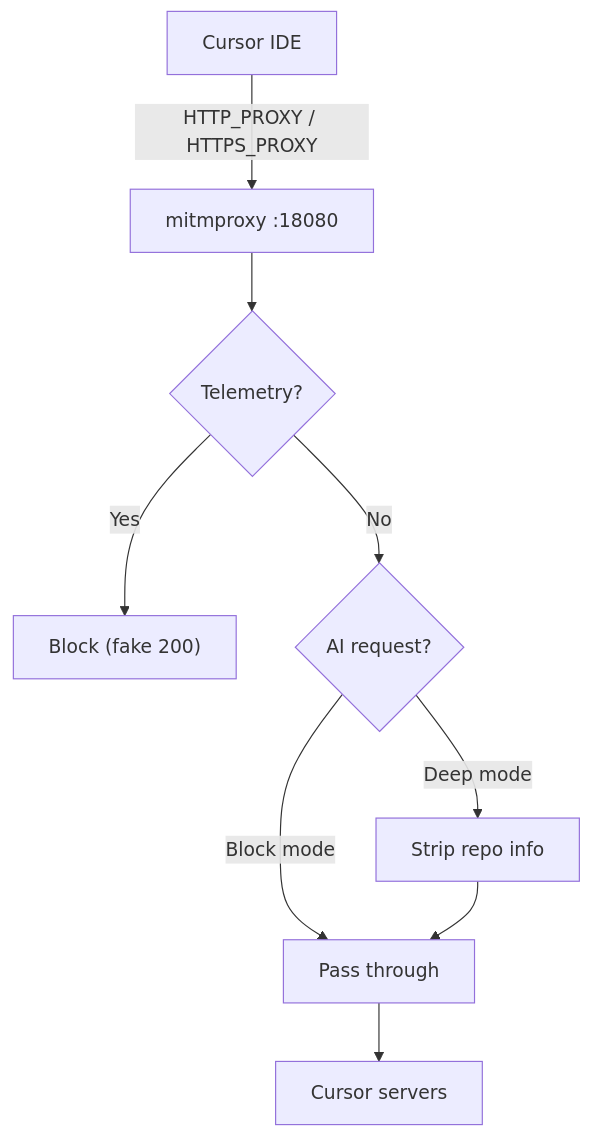
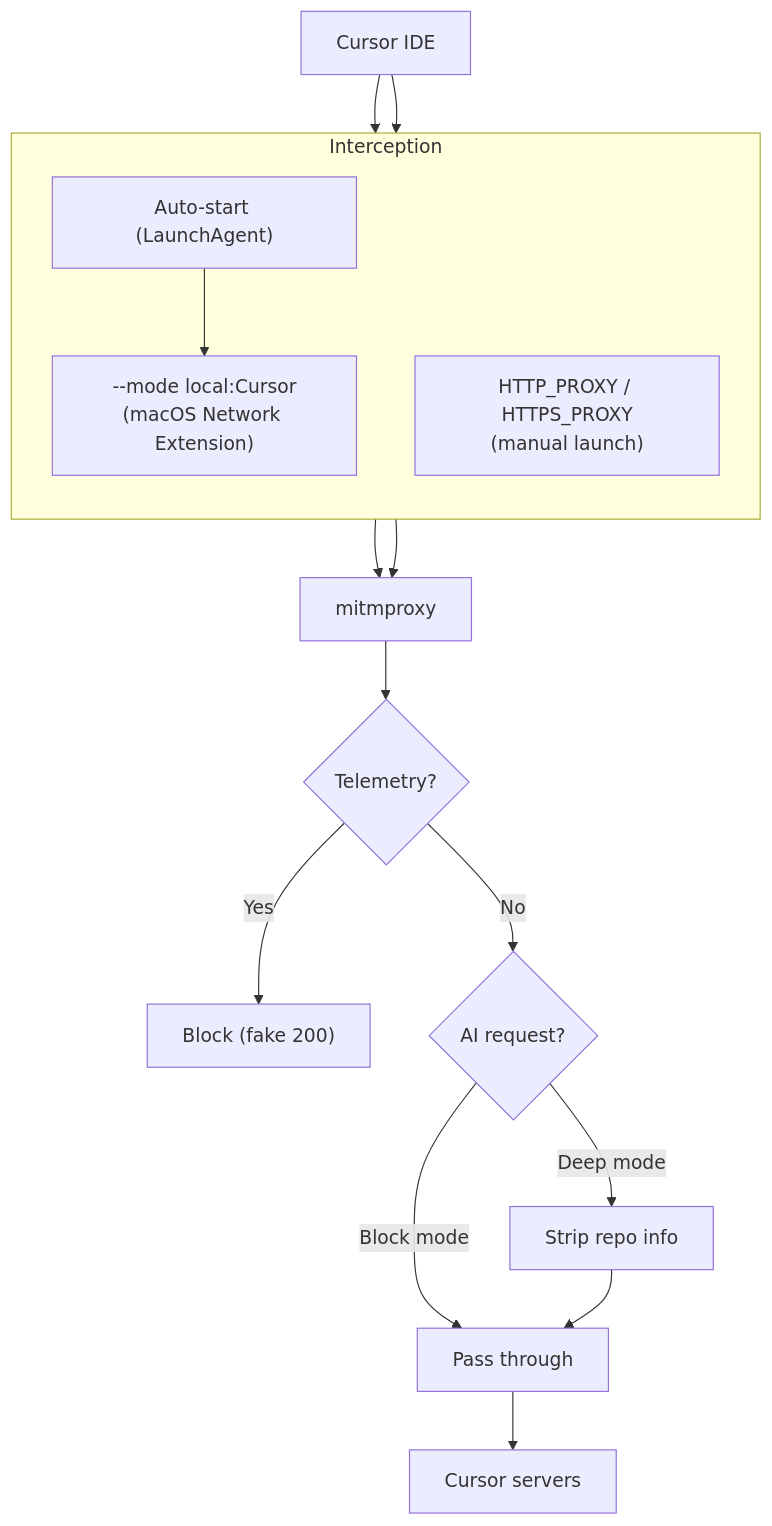
One commit to taberoajorge/cursor-telemetry-blocker changed the diagram in README.md. Above: the diagram before and after it, drawn with Mermaid. The commit also changed other lines of this file and 3 other files, not shown here.

First line of the commit message:
feat: add auto-start LaunchAgent service with transparent Cursor interception

````diff
--- a/README.md
+++ b/README.md
@@ -108,11 +125,21 @@
 ```mermaid
 flowchart TD
-    CursorIDE["Cursor IDE"] -->|"HTTP_PROXY / HTTPS_PROXY"| Proxy["mitmproxy :18080"]
+    subgraph Interception
+        direction TB
+        Auto["Auto-start (LaunchAgent)"]
+        TransparentMode["--mode local:Cursor<br/>(macOS Network Extension)"]
+        ManualMode["HTTP_PROXY / HTTPS_PROXY<br/>(manual launch)"]
+        Auto --> TransparentMode
+    end
+    CursorIDE["Cursor IDE"] --> TransparentMode
+    CursorIDE --> ManualMode
+    TransparentMode --> Proxy["mitmproxy"]
+    ManualMode --> Proxy
     Proxy --> Check{"Telemetry?"}
     Check -->|Yes| Block["Block (fake 200)"]
     Check -->|No| AICheck{"AI request?"}
     AICheck -->|"Deep mode"| Strip["Strip repo info"]
     AICheck -->|"Block mode"| Pass["Pass through"]
     Strip --> Pass
     Pass --> Server["Cursor servers"]
 ```
````
